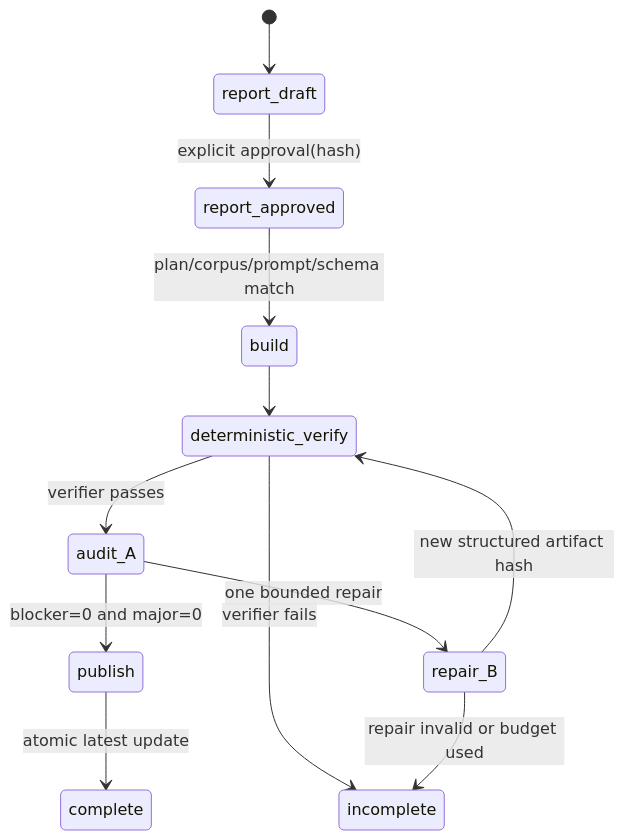
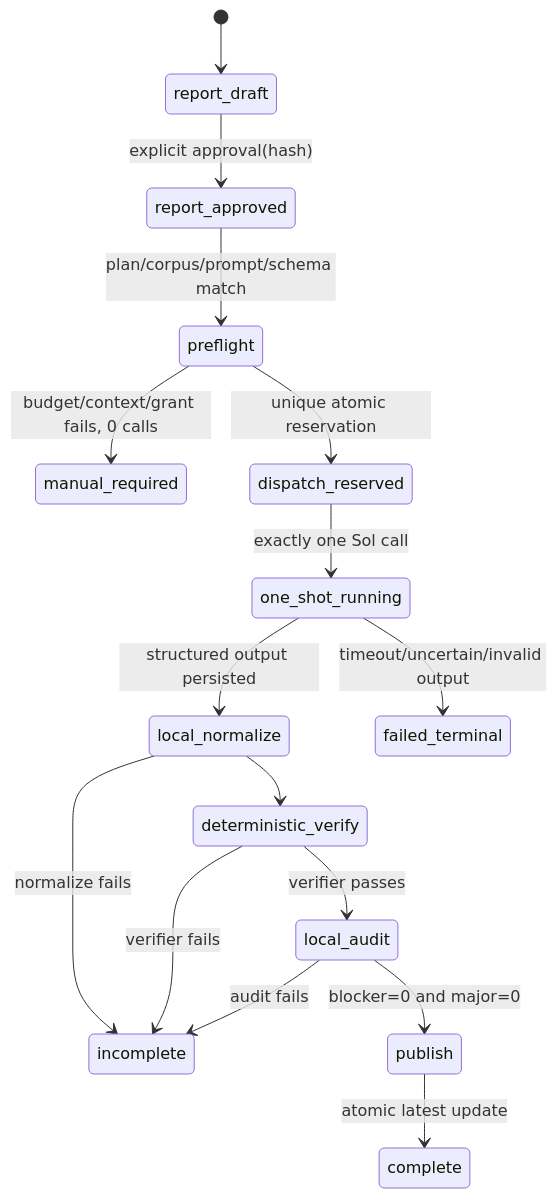
Before and after one commit to clt20011110/paper-agent: the third of 3 diagrams in docs/architecture/state-machines.md, drawn with Mermaid. The commit also changed other lines of this file and 11 other files, not shown here.

Commit message:
docs: align one-shot report operations

````diff
--- a/docs/architecture/state-machines.md
+++ b/docs/architecture/state-machines.md
@@ -62,14 +62,18 @@
 ```mermaid
 stateDiagram-v2
   [*] --> report_draft
   report_draft --> report_approved: explicit approval(hash)
-  report_approved --> build: plan/corpus/prompt/schema match
-  build --> deterministic_verify
-  deterministic_verify --> audit_A: verifier passes
+  report_approved --> preflight: plan/corpus/prompt/schema match
+  preflight --> manual_required: budget/context/grant fails, 0 calls
+  preflight --> dispatch_reserved: unique atomic reservation
+  dispatch_reserved --> one_shot_running: exactly one Sol call
+  one_shot_running --> local_normalize: structured output persisted
+  one_shot_running --> failed_terminal: timeout/uncertain/invalid output
+  local_normalize --> deterministic_verify
+  local_normalize --> incomplete: normalize fails
+  deterministic_verify --> local_audit: verifier passes
   deterministic_verify --> incomplete: verifier fails
-  audit_A --> publish: blocker=0 and major=0
-  audit_A --> repair_B: one bounded repair
-  repair_B --> deterministic_verify: new structured artifact hash
-  repair_B --> incomplete: repair invalid or budget used
+  local_audit --> publish: blocker=0 and major=0
+  local_audit --> incomplete: audit fails
   publish --> complete: atomic latest update
 ```
````
